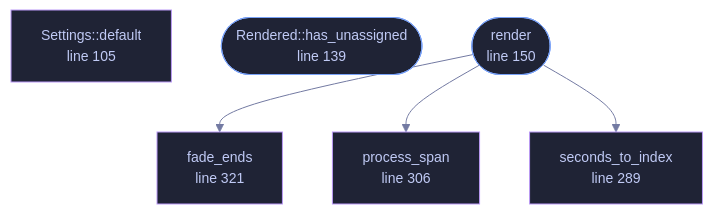
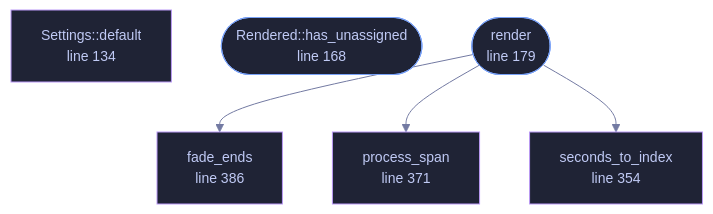
One commit to tilas01/veilvoice changed the diagram in wiki/File-veilvoice-conversation-render.md. Above: the diagram before and after it, drawn with Mermaid. The commit also changed other lines of this file and 9 other files, not shown here.

````diff
--- a/wiki/File-veilvoice-conversation-render.md
+++ b/wiki/File-veilvoice-conversation-render.md
@@ -124,23 +147,23 @@
 ```mermaid
 %%{init: {"theme":"base","themeVariables":{"background":"#1a1b26","primaryColor":"#1f2335","primaryTextColor":"#c0caf5","primaryBorderColor":"#7aa2f7","secondaryColor":"#16161e","tertiaryColor":"#16161e","lineColor":"#737aa2","textColor":"#c0caf5","mainBkg":"#1f2335","nodeBorder":"#7aa2f7","clusterBkg":"#16161e","clusterBorder":"#2f3549","fontFamily":"ui-monospace, SFMono-Regular, Consolas, monospace","fontSize":"14px"}}}%%
 flowchart TD
-    n_default["Settings::default<br/>line 105"]
-    n_has_unassigned(["Rendered::has_unassigned<br/>line 139"])
-    n_render(["render<br/>line 150"])
-    n_seconds_to_index["seconds_to_index<br/>line 289"]
-    n_process_span["process_span<br/>line 306"]
-    n_fade_ends["fade_ends<br/>line 321"]
+    n_default["Settings::default<br/>line 134"]
+    n_has_unassigned(["Rendered::has_unassigned<br/>line 168"])
+    n_render(["render<br/>line 179"])
+    n_seconds_to_index["seconds_to_index<br/>line 354"]
+    n_process_span["process_span<br/>line 371"]
+    n_fade_ends["fade_ends<br/>line 386"]
     n_render --> n_fade_ends
     n_render --> n_process_span
     n_render --> n_seconds_to_index
-    click n_default href "https://github.com/tilas01/veilvoice/blob/main/crates/veilvoice-conversation/src/render.rs#L105" "open the source"
-    click n_has_unassigned href "https://github.com/tilas01/veilvoice/blob/main/crates/veilvoice-conversation/src/render.rs#L139" "open the source"
-    click n_render href "https://github.com/tilas01/veilvoice/blob/main/crates/veilvoice-conversation/src/render.rs#L150" "open the source"
-    click n_seconds_to_index href "https://github.com/tilas01/veilvoice/blob/main/crates/veilvoice-conversation/src/render.rs#L289" "open the source"
-    click n_process_span href "https://github.com/tilas01/veilvoice/blob/main/crates/veilvoice-conversation/src/render.rs#L306" "open the source"
-    click n_fade_ends href "https://github.com/tilas01/veilvoice/blob/main/crates/veilvoice-conversation/src/render.rs#L321" "open the source"
+    click n_default href "https://github.com/tilas01/veilvoice/blob/main/crates/veilvoice-conversation/src/render.rs#L134" "open the source"
+    click n_has_unassigned href "https://github.com/tilas01/veilvoice/blob/main/crates/veilvoice-conversation/src/render.rs#L168" "open the source"
+    click n_render href "https://github.com/tilas01/veilvoice/blob/main/crates/veilvoice-conversation/src/render.rs#L179" "open the source"
+    click n_seconds_to_index href "https://github.com/tilas01/veilvoice/blob/main/crates/veilvoice-conversation/src/render.rs#L354" "open the source"
+    click n_process_span href "https://github.com/tilas01/veilvoice/blob/main/crates/veilvoice-conversation/src/render.rs#L371" "open the source"
+    click n_fade_ends href "https://github.com/tilas01/veilvoice/blob/main/crates/veilvoice-conversation/src/render.rs#L386" "open the source"
     classDef entry fill:#1f2335,stroke:#7aa2f7,color:#c0caf5
     class n_has_unassigned,n_render entry
     classDef helper fill:#1f2335,stroke:#bb9af7,color:#c0caf5
     class n_default,n_seconds_to_index,n_process_span,n_fade_ends helper
 ```
````
